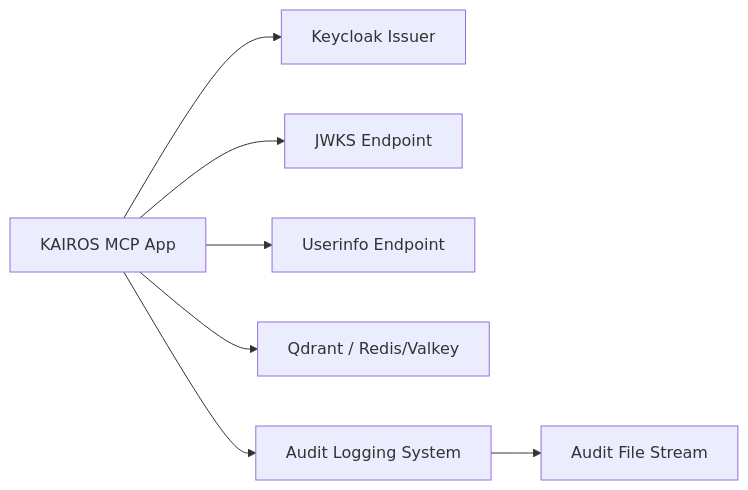
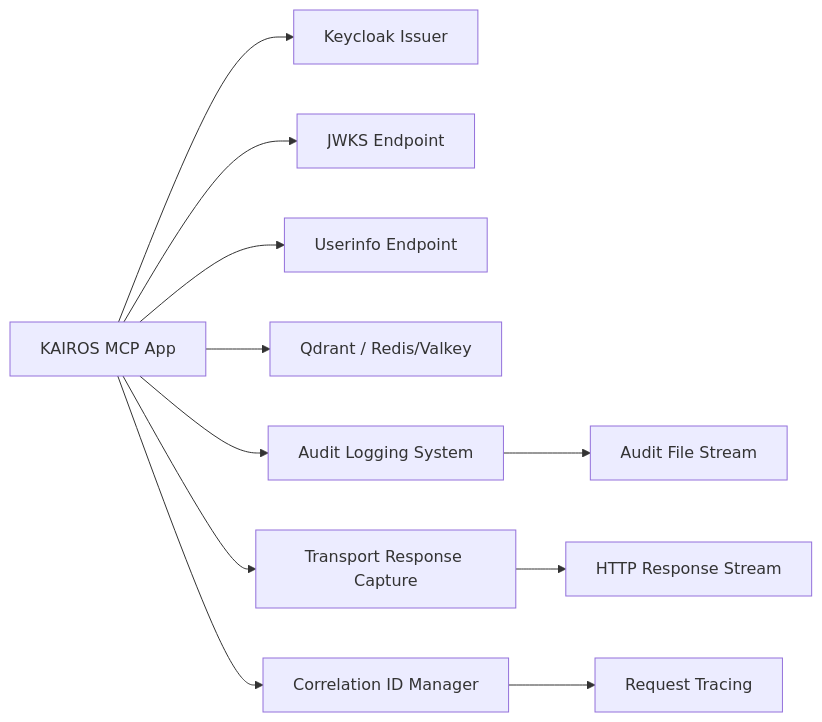
The fifth of 5 diagrams in .qoder/repowiki/en/content/Security Considerations.md (debian777/kairos-mcp), drawn with Mermaid before and after one commit. The commit also changed other lines of this file and 24 other files, not shown here.

First line of the commit message:
fix(audit): capture response at transport.send() level

````diff
--- a/.qoder/repowiki/en/content/Security Considerations.md
+++ b/.qoder/repowiki/en/content/Security Considerations.md
@@ -365,9 +411,13 @@
 ```mermaid
 graph LR
 APP["KAIROS MCP App"] --> ISSUER["Keycloak Issuer"]
 APP --> JWKS["JWKS Endpoint"]
 APP --> USERINFO["Userinfo Endpoint"]
 APP --> STORE["Qdrant / Redis/Valkey"]
 APP --> AUDIT["Audit Logging System"]
+APP --> RESP_CAPTURE["Transport Response Capture"]
+APP --> CORR_ID["Correlation ID Manager"]
 AUDIT --> FILE["Audit File Stream"]
+RESP_CAPTURE --> STREAM["HTTP Response Stream"]
+CORR_ID --> TRACE["Request Tracing"]
 ```
````
